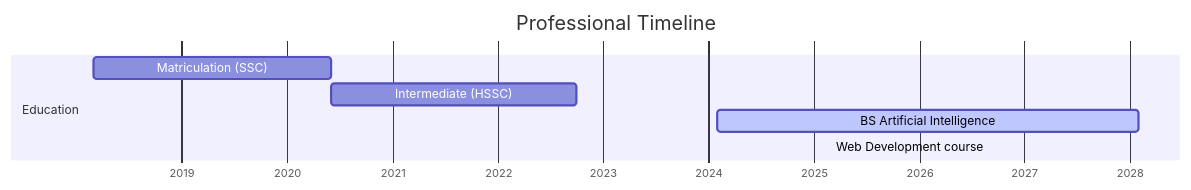
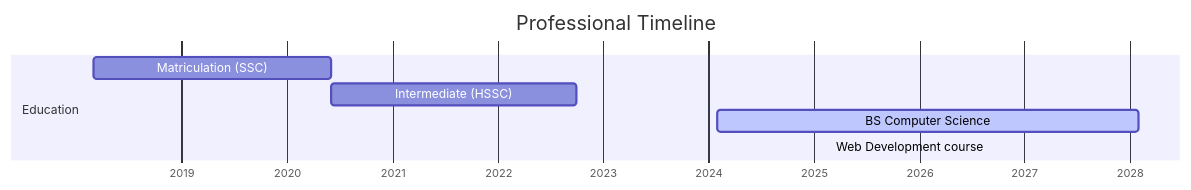
Before and after one commit to ahmadubaid061/ahmadubaid061: the diagram in README.md, drawn with Mermaid. The commit also changed other lines of this file, not shown here.

````diff
--- a/README.md
+++ b/README.md
@@ -34,13 +35,13 @@
 ```mermaid
 gantt
     title Professional Timeline
     dateFormat  YYYY-MM
     axisFormat %Y
     
     section Education
     Matriculation (SSC) :a1, 2018-03, 2020-06
     Intermediate (HSSC) :a2, after a1, 2022-10
-    BS Artificial Intelligence :active, a3, 2024-02, 2028-02
+    BS Computer Science :active, a3, 2024-02, 2028-02
     Web Development course :a4, 2025-03,2025-6
     
 ```
````
